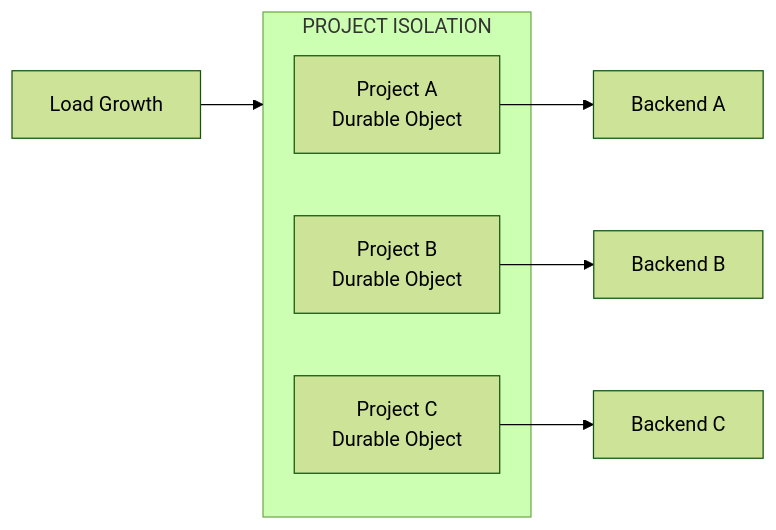
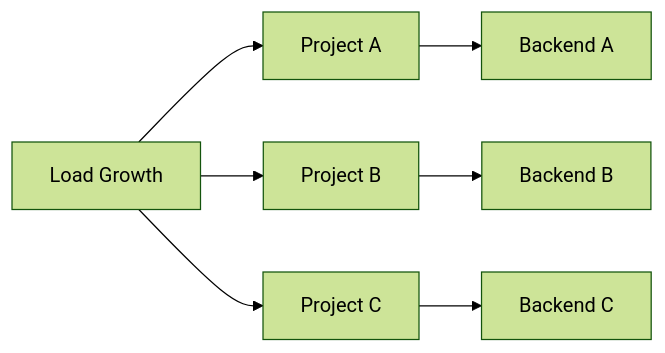
The third of 3 diagrams in architecture/overview.mdx (ashishsuperatom/tech-docs), drawn with Mermaid (forest theme) before and after one commit. The commit also changed other lines of this file and 13 other files, not shown here.

First line of the commit message:
Add Superatom AI logo and fix Mermaid diagram rendering

````diff
--- a/architecture/overview.mdx
+++ b/architecture/overview.mdx
@@ -176,14 +155,7 @@
 ```mermaid
 flowchart LR
-    LOAD["Load Growth"] --> PROJECTS
-
-    subgraph PROJECTS["PROJECT ISOLATION"]
-        P1["Project A<br>Durable Object"]
-        P2["Project B<br>Durable Object"]
-        P3["Project C<br>Durable Object"]
-    end
-
+    LOAD["Load Growth"] --> P1["Project A"] & P2["Project B"] & P3["Project C"]
     P1 --> B1["Backend A"]
     P2 --> B2["Backend B"]
     P3 --> B3["Backend C"]
 ```
````
